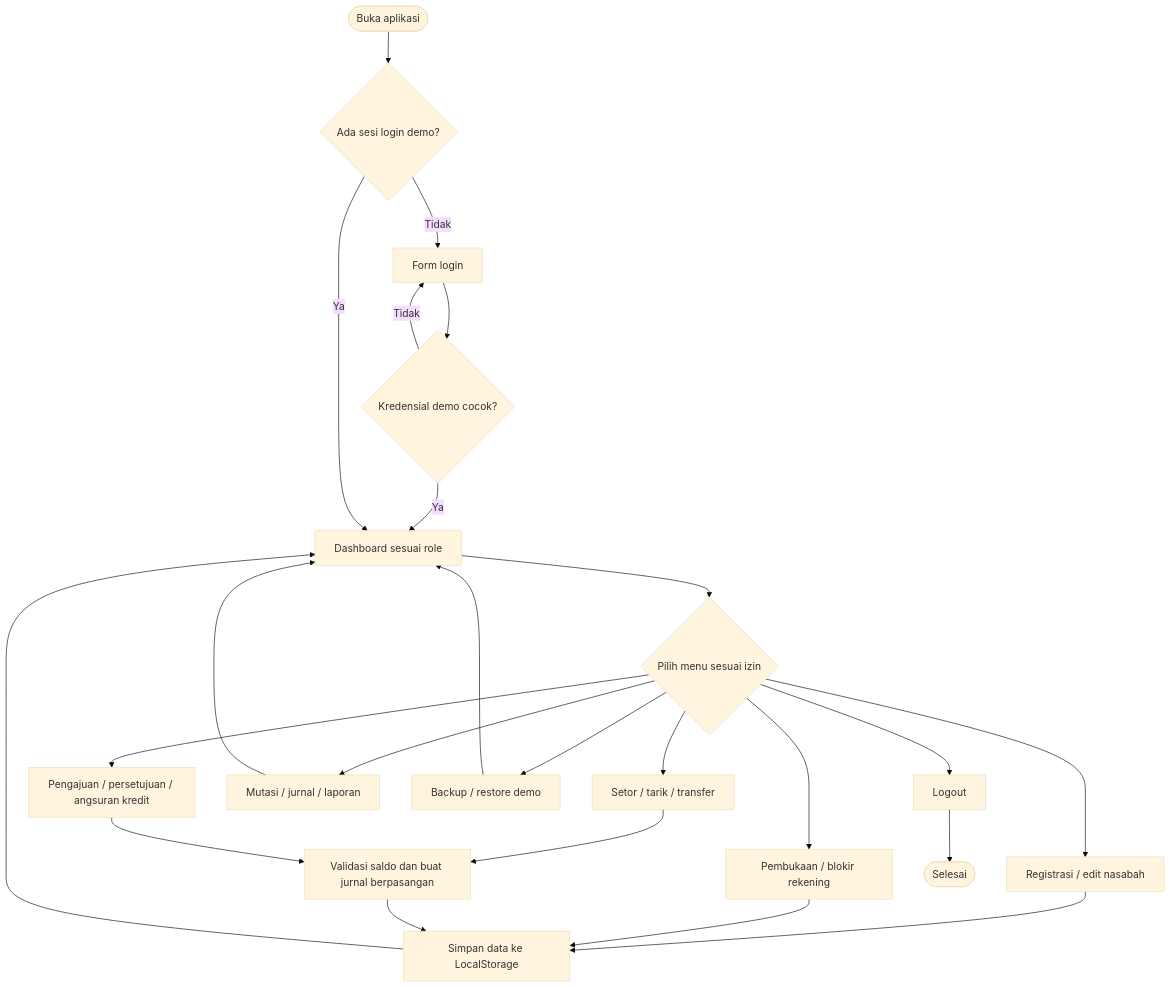
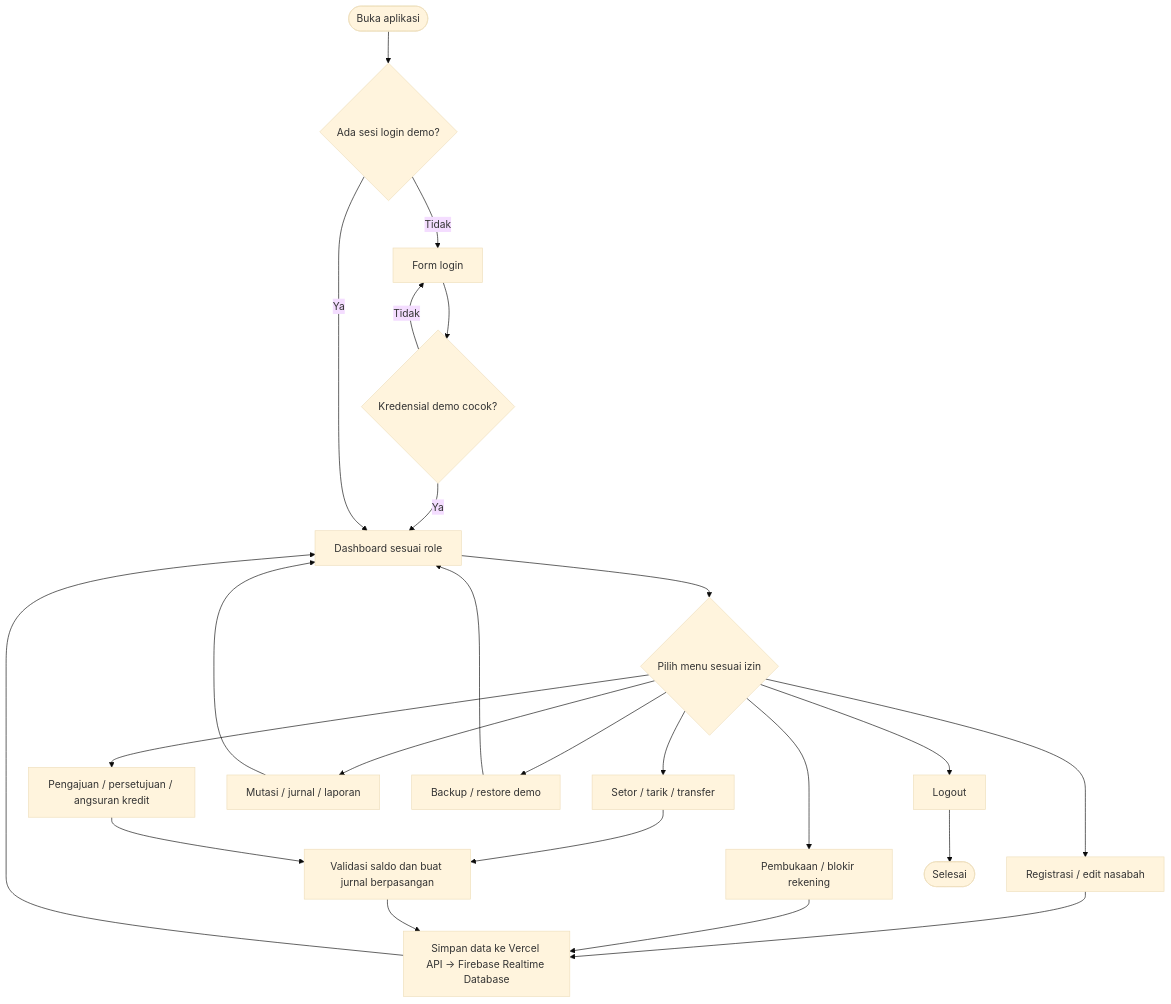
Before and after one commit to sembiringluis56-cloud/milala.bank: the diagram in milala-bank/docs/flowchart.md, drawn with Mermaid (base theme). The commit also changed 29 other files, not shown here.

````diff
--- a/milala-bank/docs/flowchart.md
+++ b/milala-bank/docs/flowchart.md
@@ -3,26 +3,26 @@
 ```mermaid
 flowchart TD
     A([Buka aplikasi]) --> B{Ada sesi login demo?}
     B -- Tidak --> C[Form login]
     C --> D{Kredensial demo cocok?}
     D -- Tidak --> C
     D -- Ya --> E[Dashboard sesuai role]
     B -- Ya --> E
     E --> F{Pilih menu sesuai izin}
     F --> G[Registrasi / edit nasabah]
     F --> H[Pembukaan / blokir rekening]
     F --> I[Setor / tarik / transfer]
     F --> J[Pengajuan / persetujuan / angsuran kredit]
     F --> K[Mutasi / jurnal / laporan]
     F --> L[Backup / restore demo]
-    G --> M[Simpan data ke LocalStorage]
+    G --> M[Simpan data ke Vercel API → Firebase Realtime Database]
     H --> M
     I --> N[Validasi saldo dan buat jurnal berpasangan]
     J --> N
     N --> M
     M --> E
     K --> E
     L --> E
     F --> O[Logout]
     O --> P([Selesai])
 ```
````
